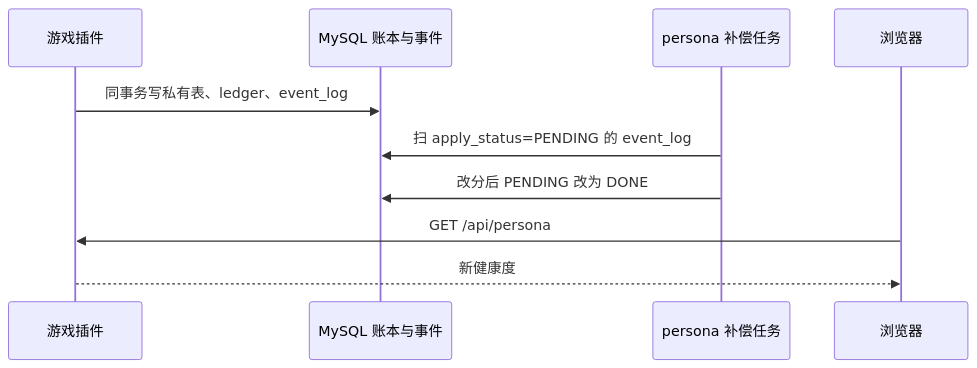
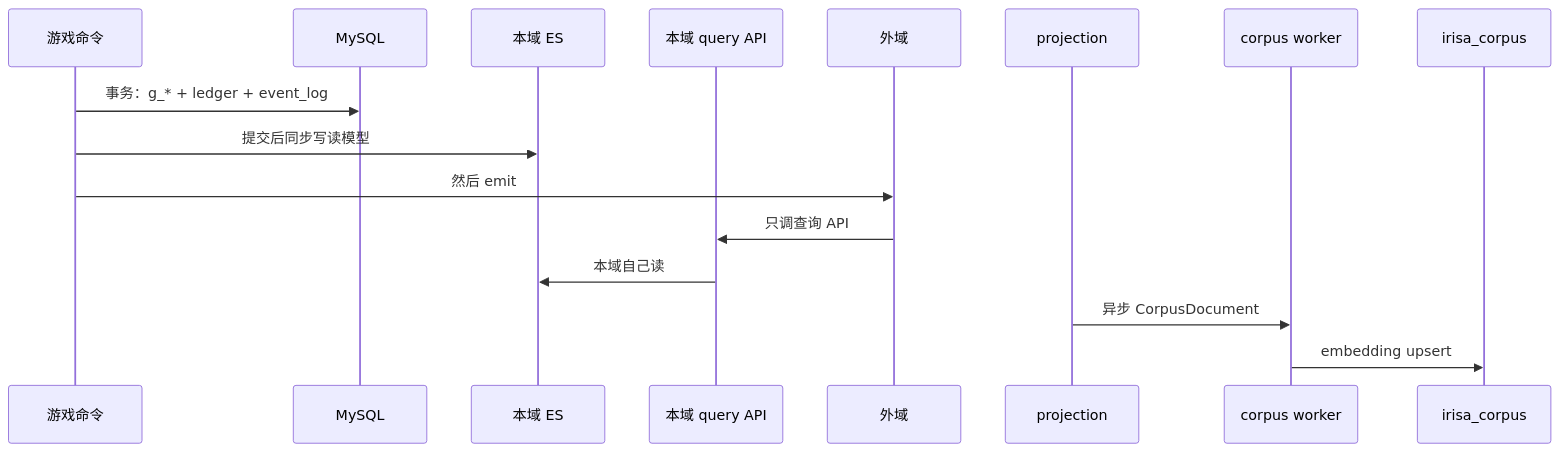
The diagram in docs/platform/diagrams/04-domain-event.mmd (Irisa-sys/Irisa), drawn with Mermaid before and after one commit. The commit also changed 88 other files, not shown here.

```diff
--- a/docs/platform/diagrams/04-domain-event.mmd
+++ b/docs/platform/diagrams/04-domain-event.mmd
@@ -1,11 +1,17 @@
 sequenceDiagram
-    participant G as 游戏插件
-    participant D as MySQL 账本与事件
-    participant A as persona 补偿任务
-    participant B as 浏览器
+    participant K as 游戏命令
+    participant D as MySQL
+    participant L as 本域 ES
+    participant Q as 本域 query API
+    participant X as 外域
+    participant P as projection
+    participant W as corpus worker
+    participant C as irisa_corpus
 
-    G->>D: 同事务写私有表、ledger、event_log
-    A->>D: 扫 apply_status=PENDING 的 event_log
-    A->>D: 改分后 PENDING 改为 DONE
-    B->>G: GET /api/persona
-    G-->>B: 新健康度
+    K->>D: 事务：g_* + ledger + event_log
+    K->>L: 提交后同步写读模型
+    K->>X: 然后 emit
+    X->>Q: 只调查询 API
+    Q->>L: 本域自己读
+    P->>W: 异步 CorpusDocument
+    W->>C: embedding upsert
```
